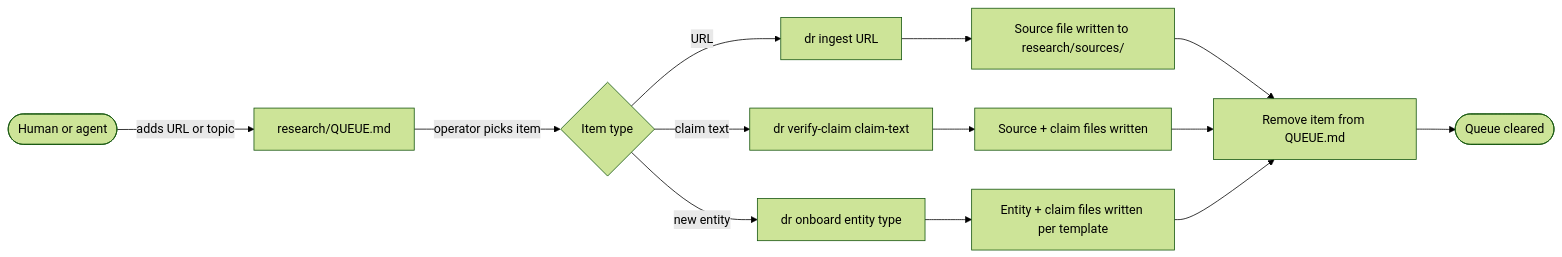
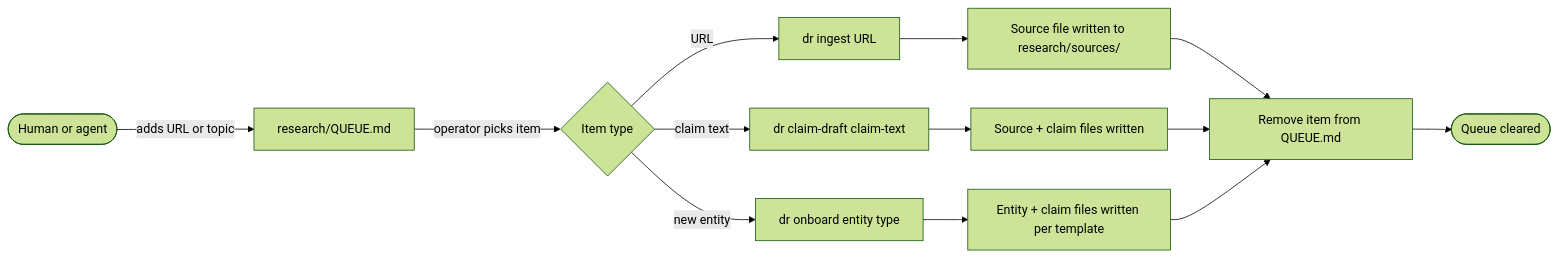
The second of 6 diagrams in docs/architecture/research-flow.md (dangerous-robot/site), drawn with Mermaid (forest theme) before and after one commit. The commit also changed other lines of this file and 13 other files, not shown here.

First line of the commit message:
feat(pipeline): claim-* command namespace; rename verify/verify-claim

````diff
--- a/docs/architecture/research-flow.md
+++ b/docs/architecture/research-flow.md
@@ -47,15 +47,15 @@
 ```mermaid
 flowchart LR
     A([Human or agent]) -->|adds URL or topic| B[research/QUEUE.md]
     B -->|operator picks item| C{Item type}
     C -->|URL| D[dr ingest URL]
-    C -->|claim text| E[dr verify-claim claim-text]
+    C -->|claim text| E[dr claim-draft claim-text]
     C -->|new entity| F[dr onboard entity type]
     D --> G[Source file written to research/sources/]
     E --> H[Source + claim files written]
     F --> I[Entity + claim files written per template]
     G --> J[Remove item from QUEUE.md]
     H --> J
     I --> J
     J --> K([Queue cleared])
 ```
````
